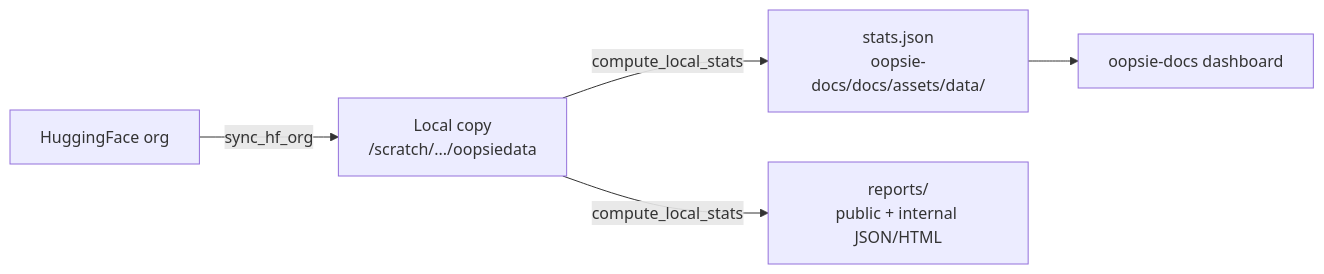
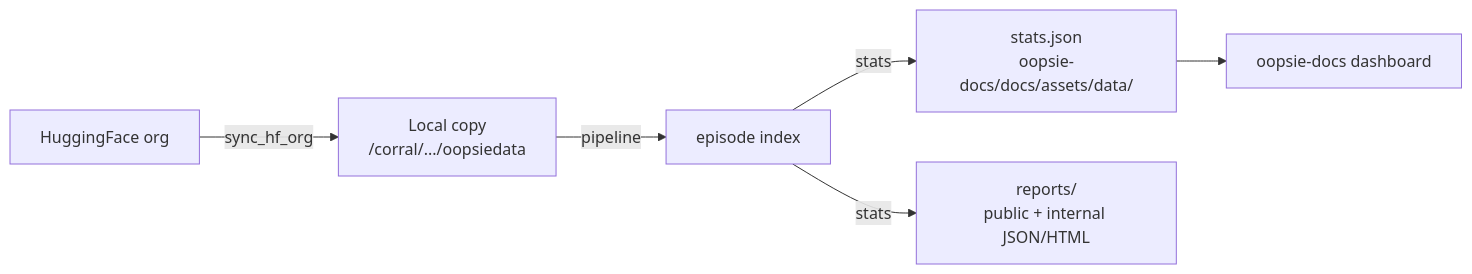
The diagram in docs/sync-and-stats.md (oopsie-data/oopsie-backend), drawn with Mermaid before and after one commit. The commit also changed other lines of this file and 193 other files, not shown here.

````diff
--- a/docs/sync-and-stats.md
+++ b/docs/sync-and-stats.md
@@ -7,7 +7,8 @@
 ```mermaid
 flowchart LR
-  HF["HuggingFace org"] -->|sync_hf_org| Local["Local copy\n/scratch/.../oopsiedata"]
-  Local -->|compute_local_stats| Stats["stats.json\noopsie-docs/docs/assets/data/"]
-  Local -->|compute_local_stats| Reports["reports/\npublic + internal JSON/HTML"]
+  HF["HuggingFace org"] -->|sync_hf_org| Local["Local copy\n/corral/.../oopsiedata"]
+  Local -->|pipeline| Index["episode index"]
+  Index -->|stats| Stats["stats.json\noopsie-docs/docs/assets/data/"]
+  Index -->|stats| Reports["reports/\npublic + internal JSON/HTML"]
   Stats --> Dashboard["oopsie-docs dashboard"]
 ```
````
